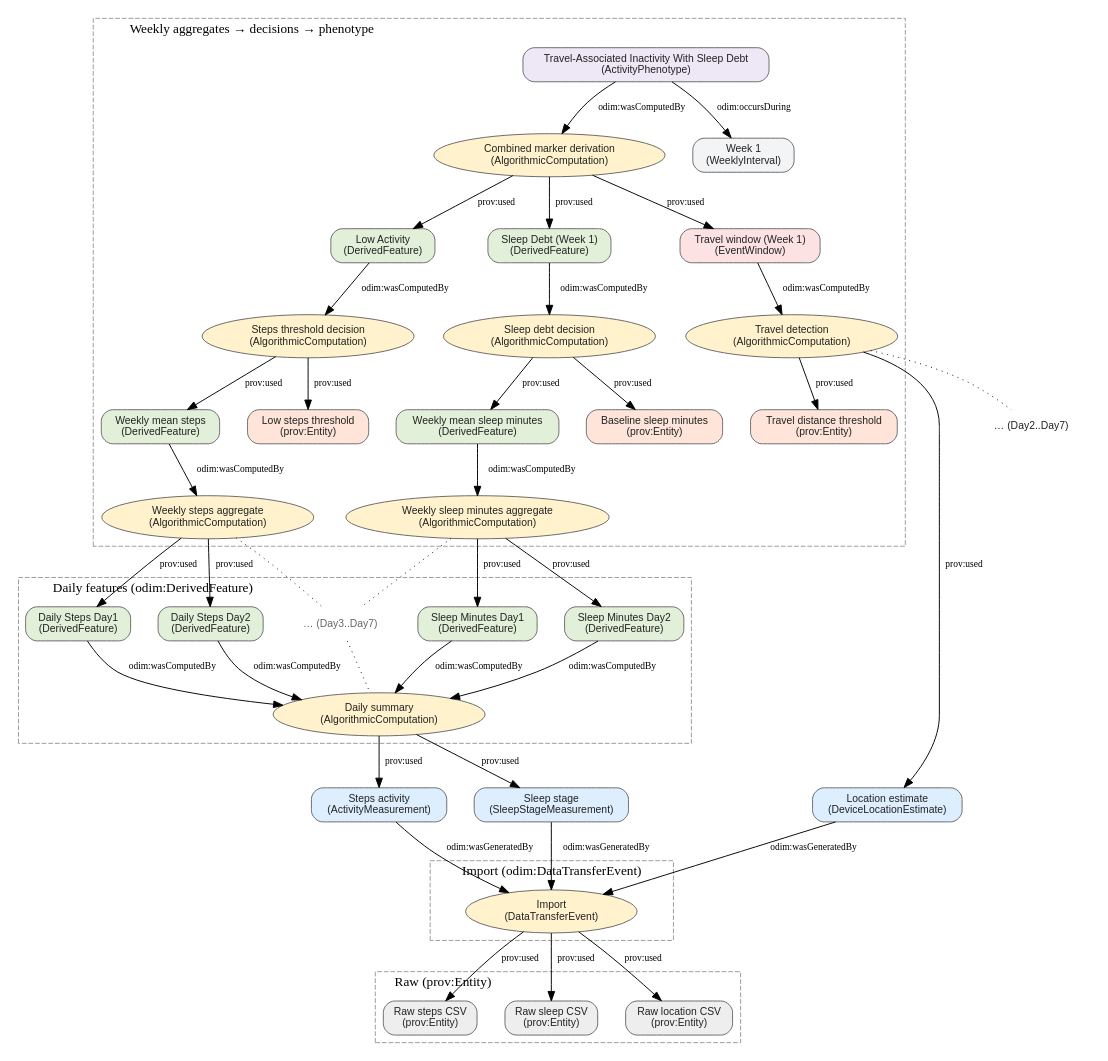
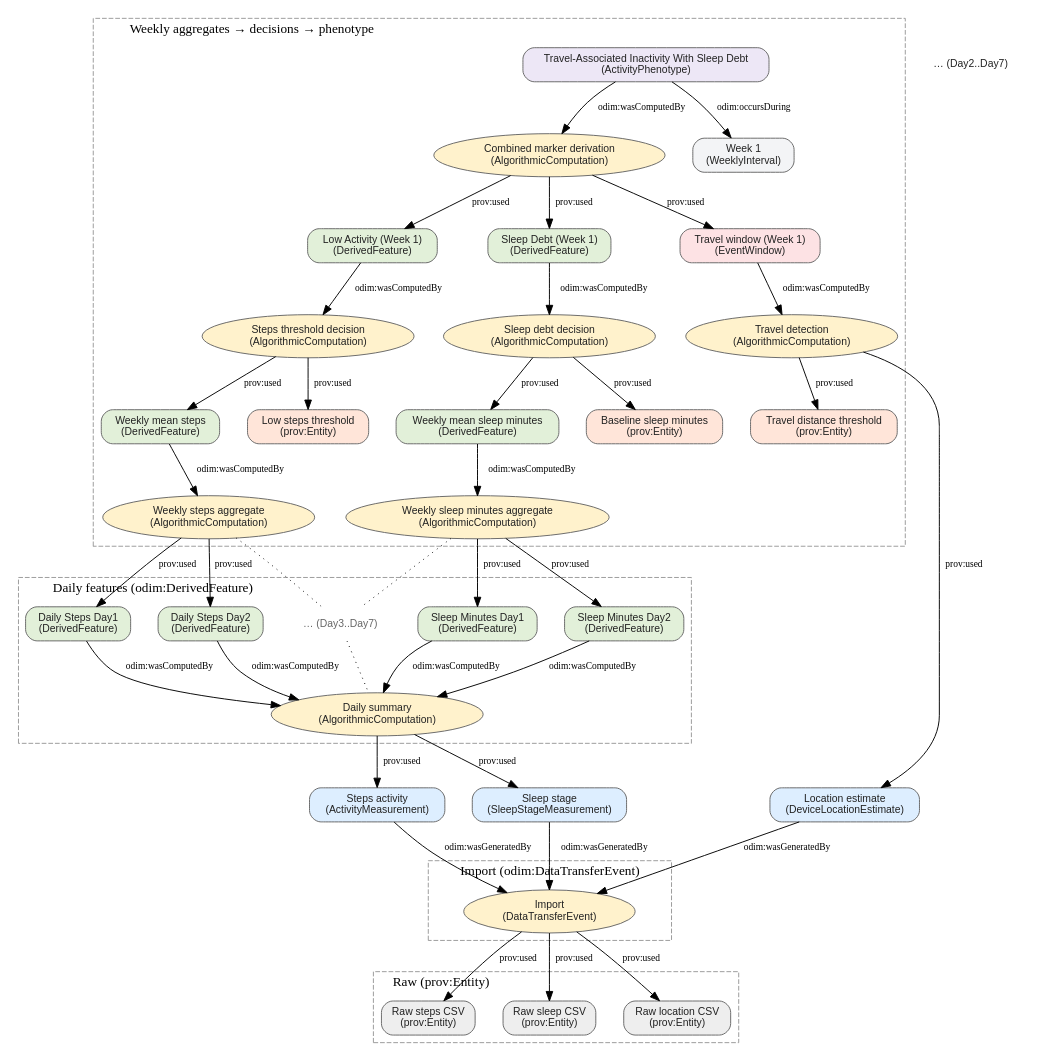
One commit to MentalHealthMission/MHM-ontology changed the diagram in docs/presentation/demo_graph.dot. Above: the diagram before and after it, drawn with Graphviz. The commit also changed 1 other file, not shown here.

Commit message:
docs(presentation): label marker as 'Low Activity (Week 1)'; remove Day2..Day7 input to travel detection

```diff
--- a/docs/presentation/demo_graph.dot
+++ b/docs/presentation/demo_graph.dot
@@ -1,124 +1,123 @@
 digraph DemoFlow {
   rankdir=TB;
   splines=true;
   nodesep=0.4;
   ranksep=0.6;
 
   // Default node styles
   node [fontname="Helvetica", fontsize=11, style="rounded,filled", color="#666666", fontcolor="#222222", fillcolor="white", penwidth=1.0];
 
   // Legend removed for presentation clarity
 
   // Raw entities (prov:Entity)
   subgraph cluster_raw {
     label="Raw (prov:Entity)"; style=dashed; color=gray60; labelloc="t"; labeljust="l";
     RawSteps [label="Raw steps CSV\n(prov:Entity)", shape=box, fillcolor="#EEEEEE"];
     RawSleep [label="Raw sleep CSV\n(prov:Entity)", shape=box, fillcolor="#EEEEEE"];
     RawLoc   [label="Raw location CSV\n(prov:Entity)", shape=box, fillcolor="#EEEEEE"];
   }
 
   // Import activity
   subgraph cluster_import {
     label="Import (odim:DataTransferEvent)"; style=dashed; color=gray60; labelloc="t"; labeljust="l";
     Import [label="Import\n(DataTransferEvent)", shape=ellipse, fillcolor="#FFF2CC"];
   }
 
   // Observations (entities)
   subgraph cluster_obs {
     label=""; style=invis; color=gray60;
     ObsSteps [label="Steps activity\n(ActivityMeasurement)", shape=box, fillcolor="#DDEEFF"];
     ObsSleep [label="Sleep stage\n(SleepStageMeasurement)", shape=box, fillcolor="#DDEEFF"];
     ObsLoc   [label="Location estimate\n(DeviceLocationEstimate)", shape=box, fillcolor="#DDEEFF"];
     ObsDots  [label="… (Day2..Day7)", shape=plaintext];
   }
 
   // Daily computation + features (steps + sleep minutes)
   subgraph cluster_daily {
     label="Daily features (odim:DerivedFeature)"; style=dashed; color=gray60; labelloc="t"; labeljust="l";
     DailyComp [label="Daily summary\n(AlgorithmicComputation)", shape=ellipse, fillcolor="#FFF2CC"];
     F1 [label="Daily Steps Day1\n(DerivedFeature)", shape=box, fillcolor="#E2F0D9"];
     F2 [label="Daily Steps Day2\n(DerivedFeature)", shape=box, fillcolor="#E2F0D9"];
     FDots [label="… (Day3..Day7)", shape=plaintext, color="#888888", fontcolor="#666666"];
     SQ1 [label="Sleep Minutes Day1\n(DerivedFeature)", shape=box, fillcolor="#E2F0D9"];
     SQ2 [label="Sleep Minutes Day2\n(DerivedFeature)", shape=box, fillcolor="#E2F0D9"];
   }
 
   // Weekly aggregation + decisions + combined phenotype
   subgraph cluster_weekly {
     label="Weekly aggregates → decisions → phenotype"; style=dashed; color=gray60; labelloc="t"; labeljust="l";
     WeeklySteps [label="Weekly steps aggregate\n(AlgorithmicComputation)", shape=ellipse, fillcolor="#FFF2CC"];
     MeanSteps [label="Weekly mean steps\n(DerivedFeature)", shape=box, fillcolor="#E2F0D9"];
     Thresh [label="Low steps threshold\n(prov:Entity)", shape=box, fillcolor="#FFE5D9"];
     StepsDecision [label="Steps threshold decision\n(AlgorithmicComputation)", shape=ellipse, fillcolor="#FFF2CC"];
-    Marker [label="Low Activity\n(DerivedFeature)", shape=box, style="rounded,filled", fillcolor="#E2F0D9"];
+    Marker [label="Low Activity (Week 1)\n(DerivedFeature)", shape=box, style="rounded,filled", fillcolor="#E2F0D9"];
 
     WeeklySleep [label="Weekly sleep minutes aggregate\n(AlgorithmicComputation)", shape=ellipse, fillcolor="#FFF2CC"];
     MeanSleep [label="Weekly mean sleep minutes\n(DerivedFeature)", shape=box, fillcolor="#E2F0D9"];
     SleepBaseline [label="Baseline sleep minutes\n(prov:Entity)", shape=box, fillcolor="#FFE5D9"];
     SleepDebtDecision [label="Sleep debt decision\n(AlgorithmicComputation)", shape=ellipse, fillcolor="#FFF2CC"];
     SleepDebt [label="Sleep Debt (Week 1)\n(DerivedFeature)", shape=box, fillcolor="#E2F0D9"];
 
     Combine [label="Combined marker derivation\n(AlgorithmicComputation)", shape=ellipse, fillcolor="#FFF2CC"];
     Phenotype [label="Travel-Associated Inactivity With Sleep Debt\n(ActivityPhenotype)", shape=box, style="rounded,filled", fillcolor="#EDE7F6"];
     Week [label="Week 1\n(WeeklyInterval)", shape=box, fillcolor="#F3F4F6"];
 
     // Travel detection elements placed within weekly cluster
     TravelDetect [label="Travel detection\n(AlgorithmicComputation)", shape=ellipse, fillcolor="#FFF2CC"];
     TravelWin [label="Travel window (Week 1)\n(EventWindow)", shape=box, fillcolor="#FDE2E4"];
     TravelThresh [label="Travel distance threshold\n(prov:Entity)", shape=box, fillcolor="#FFE5D9"];
   }
 
   // Edges with exact predicates
   // Import used raw files (prov:used: Activity -> Entity)
   Import -> RawSteps [label="prov:used", fontsize=10];
   Import -> RawSleep [label="prov:used", fontsize=10];
   Import -> RawLoc   [label="prov:used", fontsize=10];
 
   // Observations were generated by Import (odim:wasGeneratedBy: Entity -> Activity)
   ObsSteps -> Import [label="odim:wasGeneratedBy", fontsize=10];
   ObsSleep -> Import [label="odim:wasGeneratedBy", fontsize=10];
   ObsLoc   -> Import [label="odim:wasGeneratedBy", fontsize=10];
   {rank=same; ObsSteps; ObsSleep; ObsLoc;}
 
   // Daily computation used observations (prov:used)
   DailyComp -> ObsSteps [label="prov:used", fontsize=10];
   DailyComp -> ObsSleep [label="prov:used", fontsize=10];
 
   // Travel detection from location observations (nodes defined in weekly cluster)
   TravelDetect -> ObsLoc [label="prov:used", fontsize=10];
-  TravelDetect -> ObsDots [style=dotted, arrowhead=none];
   TravelDetect -> TravelThresh [label="prov:used", fontsize=10];
   TravelWin -> TravelDetect [label="odim:wasComputedBy", fontsize=10];
 
   // Daily features were computed by DailyComp (odim:wasComputedBy)
   F1 -> DailyComp [label="odim:wasComputedBy", fontsize=10];
   F2 -> DailyComp [label="odim:wasComputedBy", fontsize=10];
   SQ1 -> DailyComp [label="odim:wasComputedBy", fontsize=10];
   SQ2 -> DailyComp [label="odim:wasComputedBy", fontsize=10];
   FDots -> DailyComp [style=dotted, arrowhead=none];
 
   // Weekly steps aggregate and decision
   WeeklySteps -> F1 [label="prov:used", fontsize=10];
   WeeklySteps -> F2 [label="prov:used", fontsize=10];
   WeeklySteps -> FDots [style=dotted, arrowhead=none];
   MeanSteps -> WeeklySteps [label="odim:wasComputedBy", fontsize=10];
   StepsDecision -> MeanSteps [label="prov:used", fontsize=10];
   StepsDecision -> Thresh [label="prov:used", fontsize=10];
   Marker -> StepsDecision [label="odim:wasComputedBy", fontsize=10];
 
   // Weekly sleep minutes aggregate + sleep debt decision
   WeeklySleep -> SQ1 [label="prov:used", fontsize=10];
   WeeklySleep -> SQ2 [label="prov:used", fontsize=10];
   WeeklySleep -> FDots [style=dotted, arrowhead=none];
   MeanSleep -> WeeklySleep [label="odim:wasComputedBy", fontsize=10];
   SleepDebtDecision -> MeanSleep [label="prov:used", fontsize=10];
   SleepDebtDecision -> SleepBaseline [label="prov:used", fontsize=10];
   SleepDebt -> SleepDebtDecision [label="odim:wasComputedBy", fontsize=10];
 
   // Combined phenotype marker
   Combine -> Marker [label="prov:used", fontsize=10];
   Combine -> SleepDebt [label="prov:used", fontsize=10];
   Combine -> TravelWin [label="prov:used", fontsize=10];
   Phenotype -> Combine [label="odim:wasComputedBy", fontsize=10];
   Phenotype -> Week [label="odim:occursDuring", fontsize=10];
 }
```
